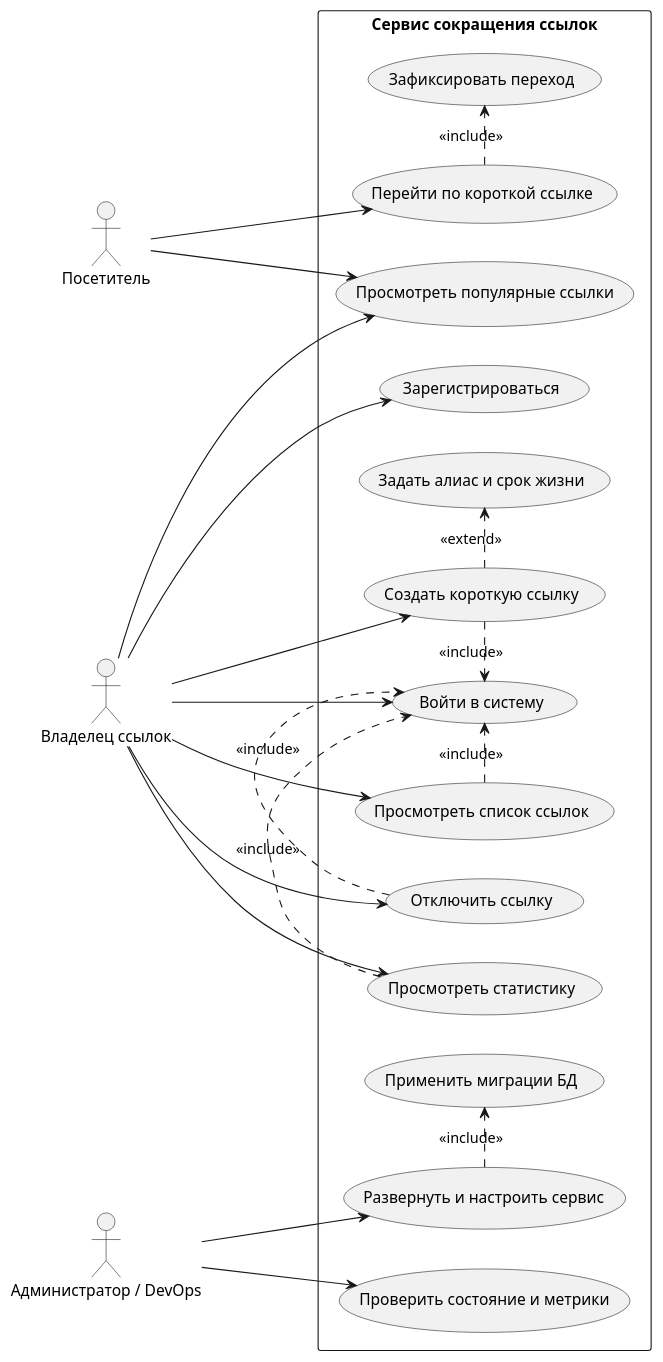
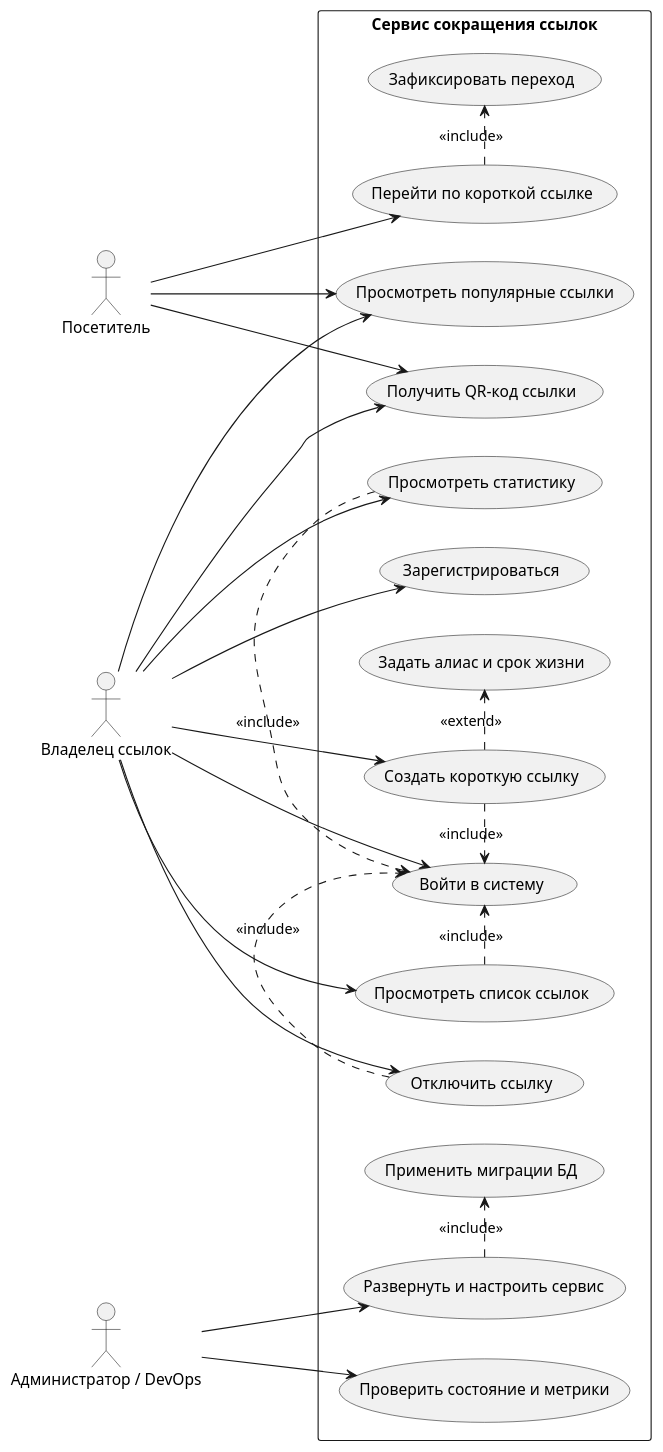
Before and after one commit to Skufik2007/url-shortener: the second of 9 diagrams in docs/report/02-design.md, drawn with PlantUML. The commit also changed other lines of this file and 20 other files, not shown here.

````diff
--- a/docs/report/02-design.md
+++ b/docs/report/02-design.md
@@ -61,45 +62,48 @@
 ```plantuml
 @startuml
 left to right direction
 skinparam packageStyle rectangle
 actor "Посетитель" as Visitor
 actor "Владелец ссылок" as Owner
 actor "Администратор / DevOps" as Admin
 
 rectangle "Сервис сокращения ссылок" {
   usecase "Перейти по короткой ссылке" as UC1
   usecase "Зарегистрироваться" as UC2
   usecase "Войти в систему" as UC3
   usecase "Создать короткую ссылку" as UC4
   usecase "Задать алиас и срок жизни" as UC5
   usecase "Просмотреть список ссылок" as UC6
   usecase "Отключить ссылку" as UC7
   usecase "Просмотреть статистику" as UC8
   usecase "Просмотреть популярные ссылки" as UC9
   usecase "Зафиксировать переход" as UC10
   usecase "Проверить состояние и метрики" as UC11
   usecase "Развернуть и настроить сервис" as UC12
   usecase "Применить миграции БД" as UC13
+  usecase "Получить QR-код ссылки" as UC14
 }
 
 Visitor --> UC1
 Visitor --> UC9
+Visitor --> UC14
 Owner --> UC2
 Owner --> UC3
 Owner --> UC4
 Owner --> UC6
 Owner --> UC7
 Owner --> UC8
 Owner --> UC9
+Owner --> UC14
 Admin --> UC11
 Admin --> UC12
 
 UC4 .> UC5 : <<extend>>
 UC4 .> UC3 : <<include>>
 UC6 .> UC3 : <<include>>
 UC7 .> UC3 : <<include>>
 UC8 .> UC3 : <<include>>
 UC1 .> UC10 : <<include>>
 UC12 .> UC13 : <<include>>
 @enduml
 ```
````
